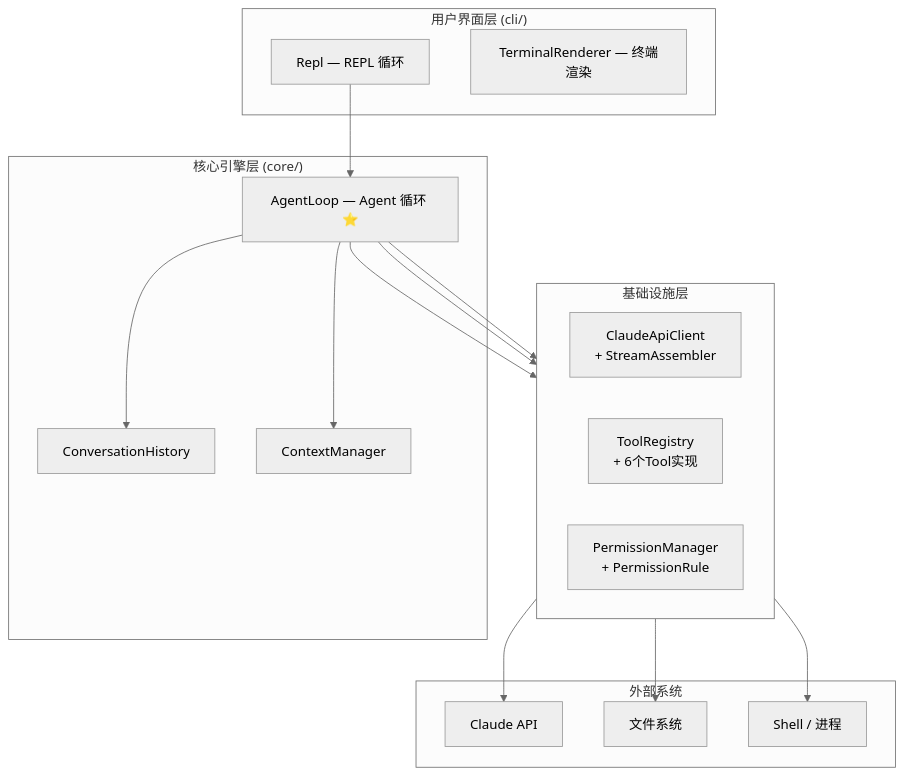
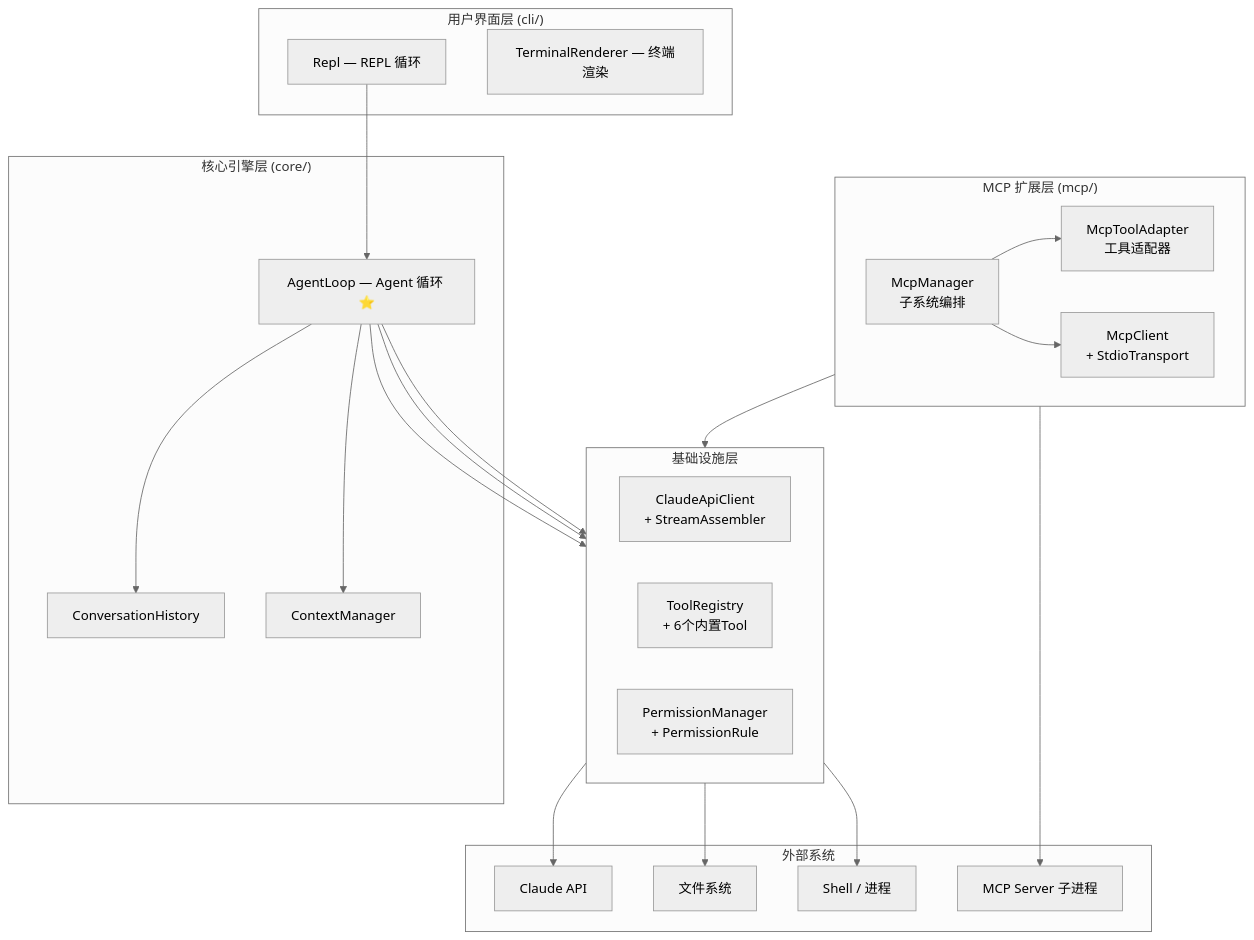
One commit to schhaohao/docs changed the first of 2 diagrams in architecture/overview.md. Above: the diagram before and after it, drawn with Mermaid (neutral theme). The commit also changed other lines of this file and 6 other files, not shown here.

````diff
--- a/architecture/overview.md
+++ b/architecture/overview.md
@@ -12,36 +12,48 @@
 ```mermaid
 graph TB
     subgraph UI["用户界面层 (cli/)"]
         Repl["Repl — REPL 循环"]
         TR["TerminalRenderer — 终端渲染"]
     end
 
     subgraph Engine["核心引擎层 (core/)"]
         AL["AgentLoop — Agent 循环 ⭐"]
         CH["ConversationHistory"]
         CM["ContextManager"]
     end
 
     subgraph Infra["基础设施层"]
         direction LR
         API["ClaudeApiClient<br/>+ StreamAssembler"]
-        Tools["ToolRegistry<br/>+ 6个Tool实现"]
+        Tools["ToolRegistry<br/>+ 6个内置Tool"]
         Perm["PermissionManager<br/>+ PermissionRule"]
+    end
+
+    subgraph MCP["MCP 扩展层 (mcp/)"]
+        direction LR
+        MM["McpManager<br/>子系统编排"]
+        MTA["McpToolAdapter<br/>工具适配器"]
+        MC["McpClient<br/>+ StdioTransport"]
     end
 
     subgraph External["外部系统"]
         Claude["Claude API"]
         FS["文件系统"]
         Shell["Shell / 进程"]
+        McpServer["MCP Server 子进程"]
     end
 
     Repl --> AL
     AL --> CH
     AL --> CM
     AL --> API
     AL --> Tools
     AL --> Perm
     API --> Claude
     Tools --> FS
     Tools --> Shell
+    MM --> MTA
+    MTA --> Tools
+    MC --> McpServer
+    MM --> MC
 ```
````
